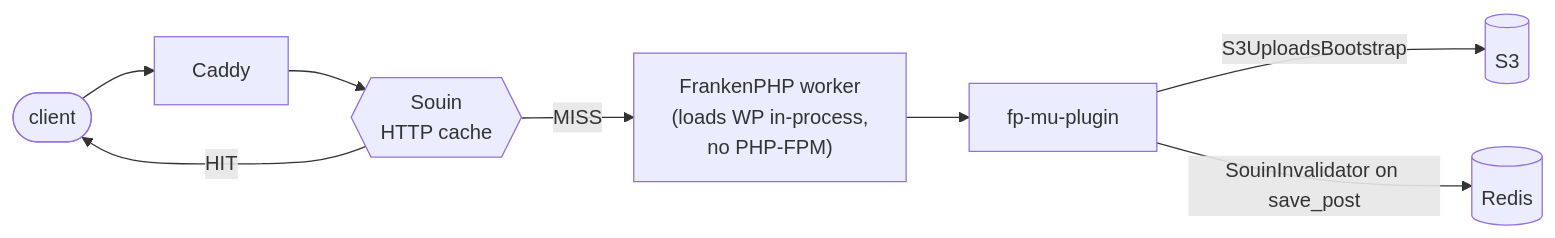
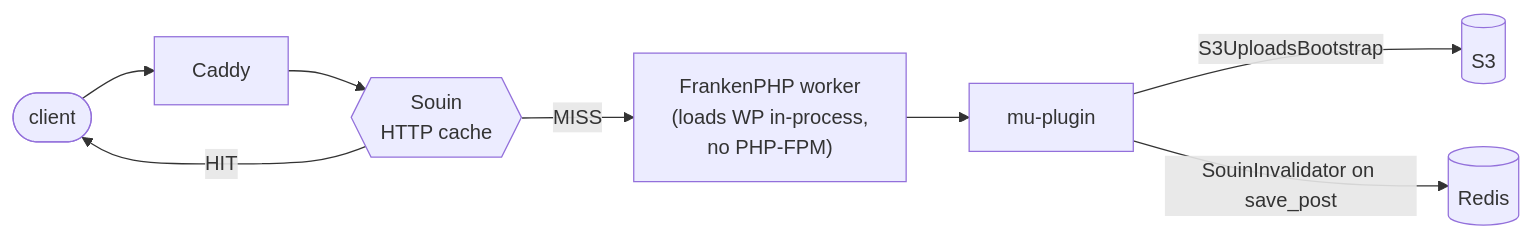
The second of 3 diagrams in architecture.mdx (EightOEight/docs), drawn with Mermaid before and after one commit. The commit also changed other lines of this file and 19 other files, not shown here.

````diff
--- a/architecture.mdx
+++ b/architecture.mdx
@@ -46,17 +46,17 @@
 ```mermaid
 flowchart LR
     client(["client"])
     caddy["Caddy"]
     souin{{"Souin<br/>HTTP cache"}}
     fphp["FrankenPHP worker<br/>(loads WP in-process,<br/>no PHP-FPM)"]
-    mu["fp-mu-plugin"]
+    mu["mu-plugin"]
     s3[(S3)]
     redis[(Redis)]
 
     client --> caddy --> souin
     souin -->|HIT| client
     souin -->|MISS| fphp
     fphp --> mu
     mu -->|S3UploadsBootstrap| s3
     mu -->|SouinInvalidator on save_post| redis
 ```
````
